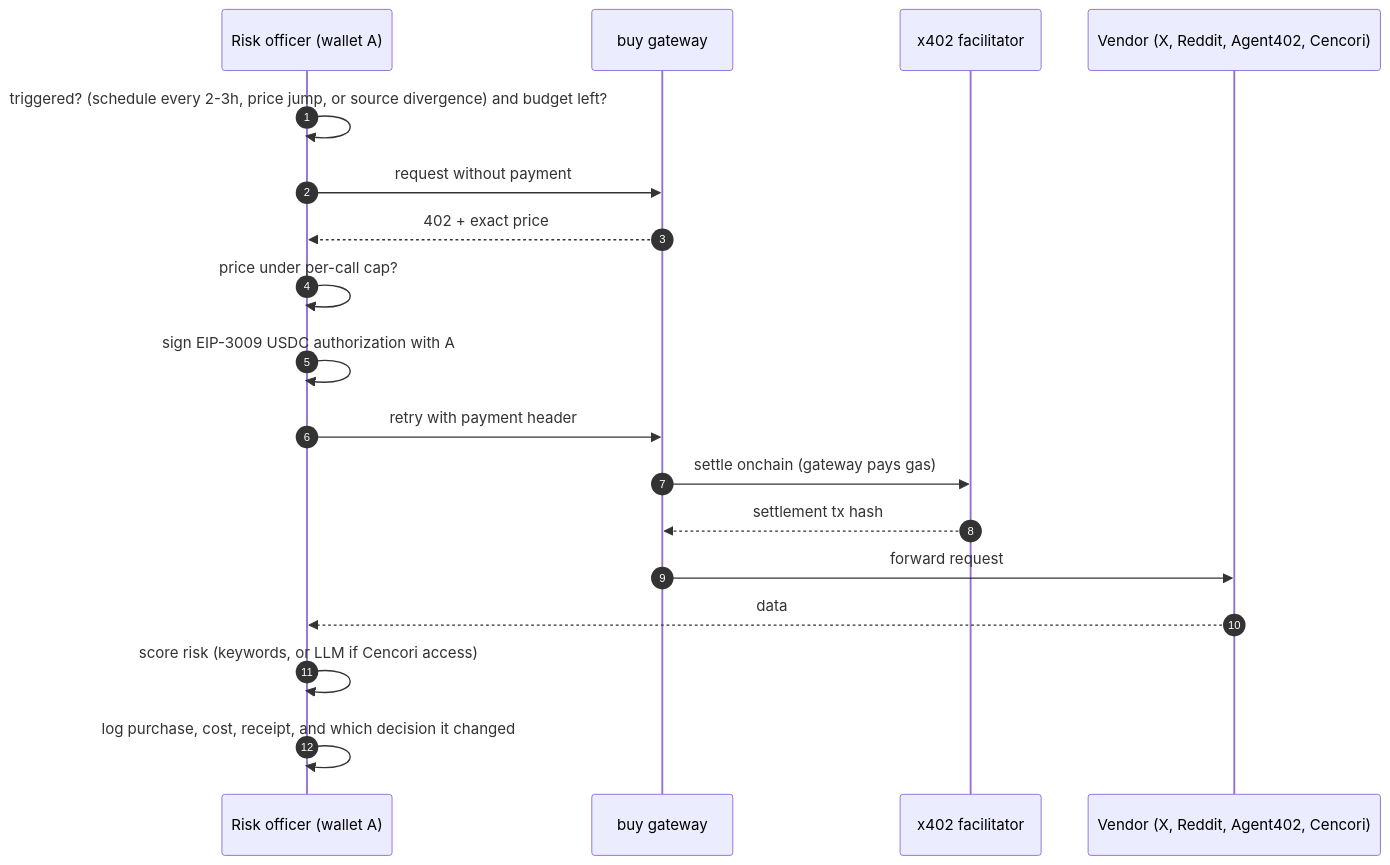
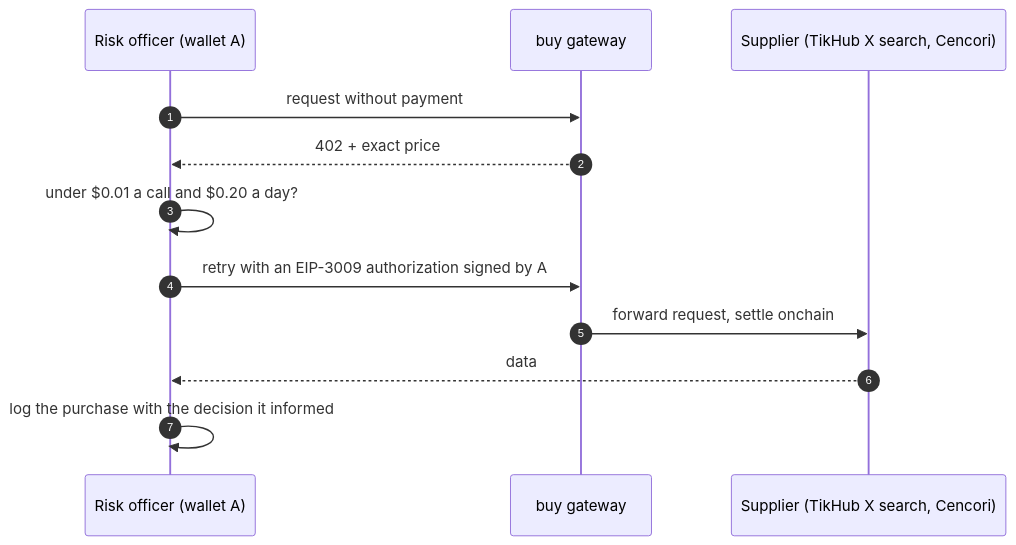
One commit to Kanasjnr/naira-desk changed the ninth of 11 diagrams in docs/ARCHITECTURE.md. Above: the diagram before and after it, drawn with Mermaid. The commit also changed other lines of this file and 1 other file, not shown here.

````diff
--- a/docs/ARCHITECTURE.md
+++ b/docs/ARCHITECTURE.md
@@ -394,20 +393,14 @@
 ```mermaid
 sequenceDiagram
   autonumber
   participant RO as Risk officer (wallet A)
   participant B as buy gateway
-  participant F as x402 facilitator
-  participant VN as Vendor (X, Reddit, Agent402, Cencori)
-  RO->>RO: triggered? (schedule every 2-3h, price jump, or source divergence) and budget left?
+  participant VN as Supplier (TikHub X search, Cencori)
   RO->>B: request without payment
   B-->>RO: 402 + exact price
-  RO->>RO: price under per-call cap?
-  RO->>RO: sign EIP-3009 USDC authorization with A
-  RO->>B: retry with payment header
-  B->>F: settle onchain (gateway pays gas)
-  F-->>B: settlement tx hash
-  B->>VN: forward request
+  RO->>RO: under $0.01 a call and $0.20 a day?
+  RO->>B: retry with an EIP-3009 authorization signed by A
+  B->>VN: forward request, settle onchain
   VN-->>RO: data
-  RO->>RO: score risk (keywords, or LLM if Cencori access)
-  RO->>RO: log purchase, cost, receipt, and which decision it changed
+  RO->>RO: log the purchase with the decision it informed
 ```
````
